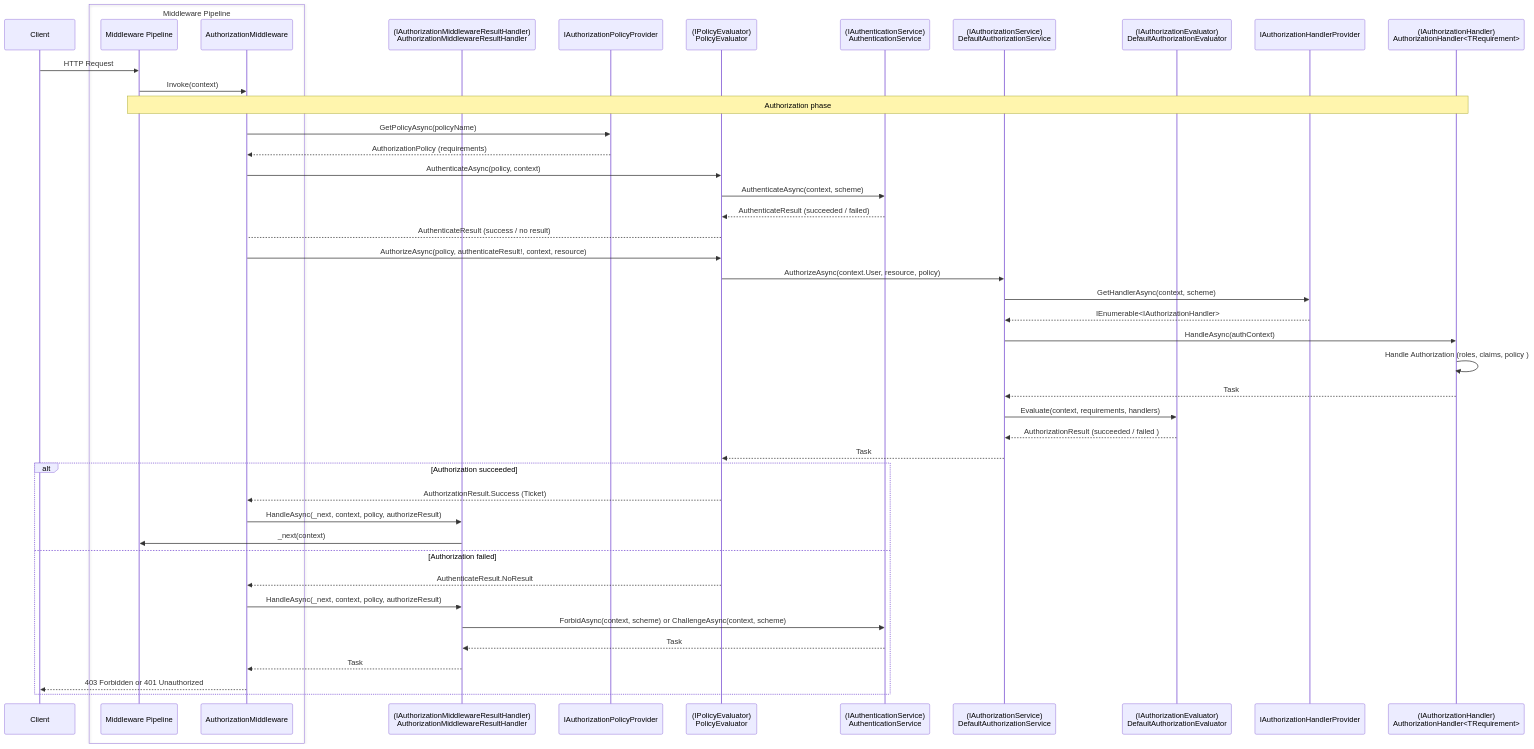
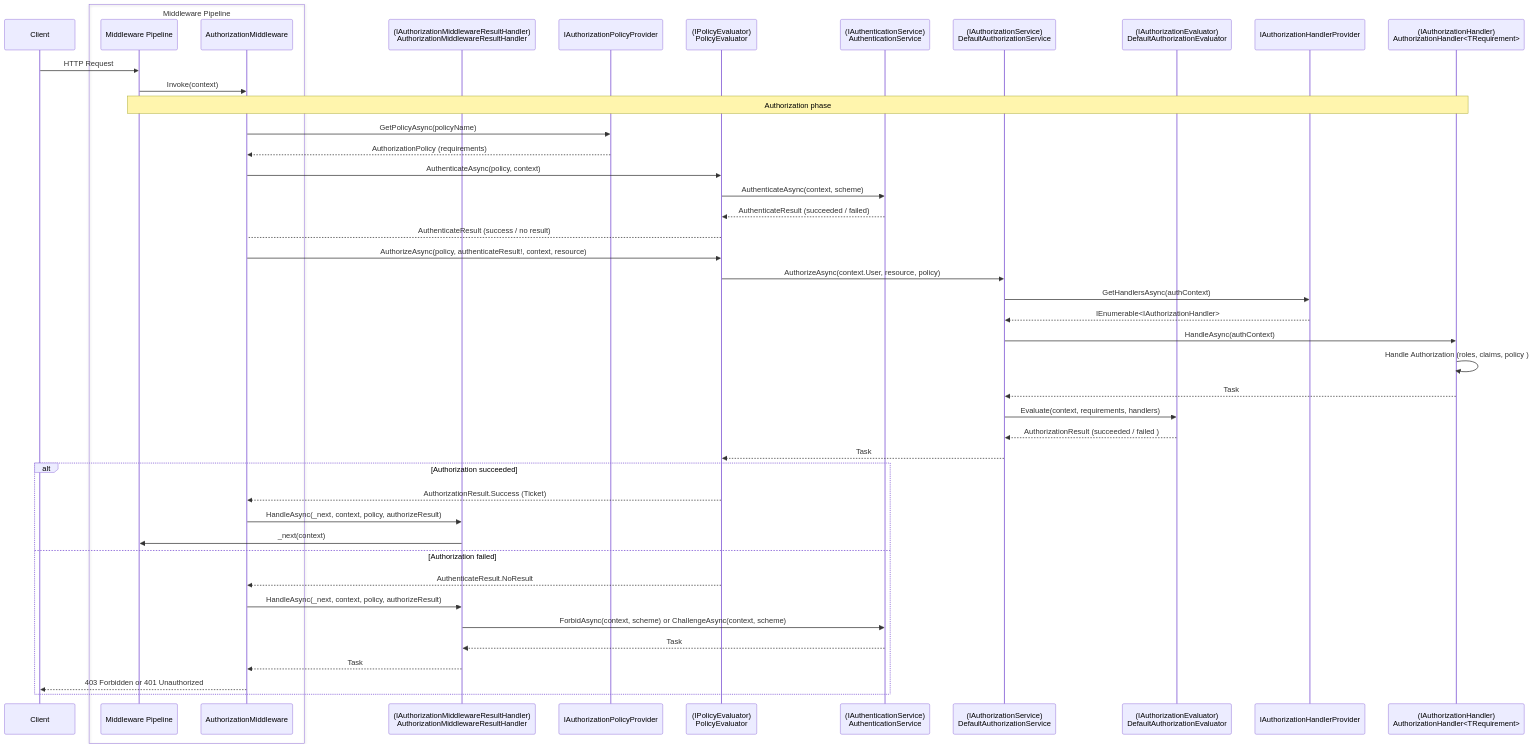
One commit to suzu-devworks/examples-dotnet-web changed the second of 2 diagrams in docs/auth/auth_flow_core.md. Above: the diagram before and after it, drawn with Mermaid.

````diff
--- a/docs/auth/auth_flow_core.md
+++ b/docs/auth/auth_flow_core.md
@@ -59,58 +59,58 @@
 ```mermaid
 sequenceDiagram
     participant C as Client
     box Middleware Pipeline
         participant P as Middleware Pipeline
         participant AZM as AuthorizationMiddleware
     end
 
     participant AZR as (IAuthorizationMiddlewareResultHandler)<br>AuthorizationMiddlewareResultHandler
     participant IAuthorizationPolicyProvider
     participant PE as (IPolicyEvaluator)<br>PolicyEvaluator
 
     participant ANS as (IAuthenticationService)<br>AuthenticationService 
 
     participant AZS as (IAuthorizationService)<br>DefaultAuthorizationService
     participant AZE as (IAuthorizationEvaluator)<br>DefaultAuthorizationEvaluator
     participant IAuthorizationHandlerProvider
     participant AZH as (IAuthorizationHandler)<br>AuthorizationHandler<TRequirement>
 
     C->>P: HTTP Request
     P->>AZM: Invoke(context)
 
     Note over P, AZH: Authorization phase
 
     AZM->>IAuthorizationPolicyProvider: GetPolicyAsync(policyName)
     IAuthorizationPolicyProvider-->>AZM: AuthorizationPolicy (requirements)
 
     AZM->>PE: AuthenticateAsync(policy, context)
     PE->>ANS: AuthenticateAsync(context, scheme)
     ANS-->>PE: AuthenticateResult (succeeded / failed)
     PE-->AZM: AuthenticateResult (success / no result)
 
     AZM->>PE: AuthorizeAsync(policy, authenticateResult!, context, resource);
     PE->>AZS: AuthorizeAsync(context.User, resource, policy)
-    AZS->>IAuthorizationHandlerProvider: GetHandlerAsync(context, scheme)
+    AZS->>IAuthorizationHandlerProvider: GetHandlersAsync(authContext)
     IAuthorizationHandlerProvider-->>AZS: IEnumerable<IAuthorizationHandler>
     AZS->>AZH: HandleAsync(authContext)
 
     AZH->>AZH: Handle Authorization (roles, claims, policy )
 
     AZH-->>AZS: Task
     AZS->>AZE: Evaluate(context, requirements, handlers)
     AZE-->>AZS: AuthorizationResult (succeeded / failed )
     AZS-->>PE: Task
 
     alt Authorization succeeded
         PE-->>AZM: AuthorizationResult.Success (Ticket)
         AZM->>AZR: HandleAsync(_next, context, policy, authorizeResult);
         AZR->>P: _next(context) 
     else Authorization failed
         PE-->>AZM: AuthenticateResult.NoResult
         AZM->>AZR: HandleAsync(_next, context, policy, authorizeResult);
         AZR->>ANS: ForbidAsync(context, scheme) or ChallengeAsync(context, scheme)
         ANS-->>AZR: Task
         AZR-->>AZM: Task
         AZM-->>C: 403 Forbidden or 401 Unauthorized
     end
 ```
````
